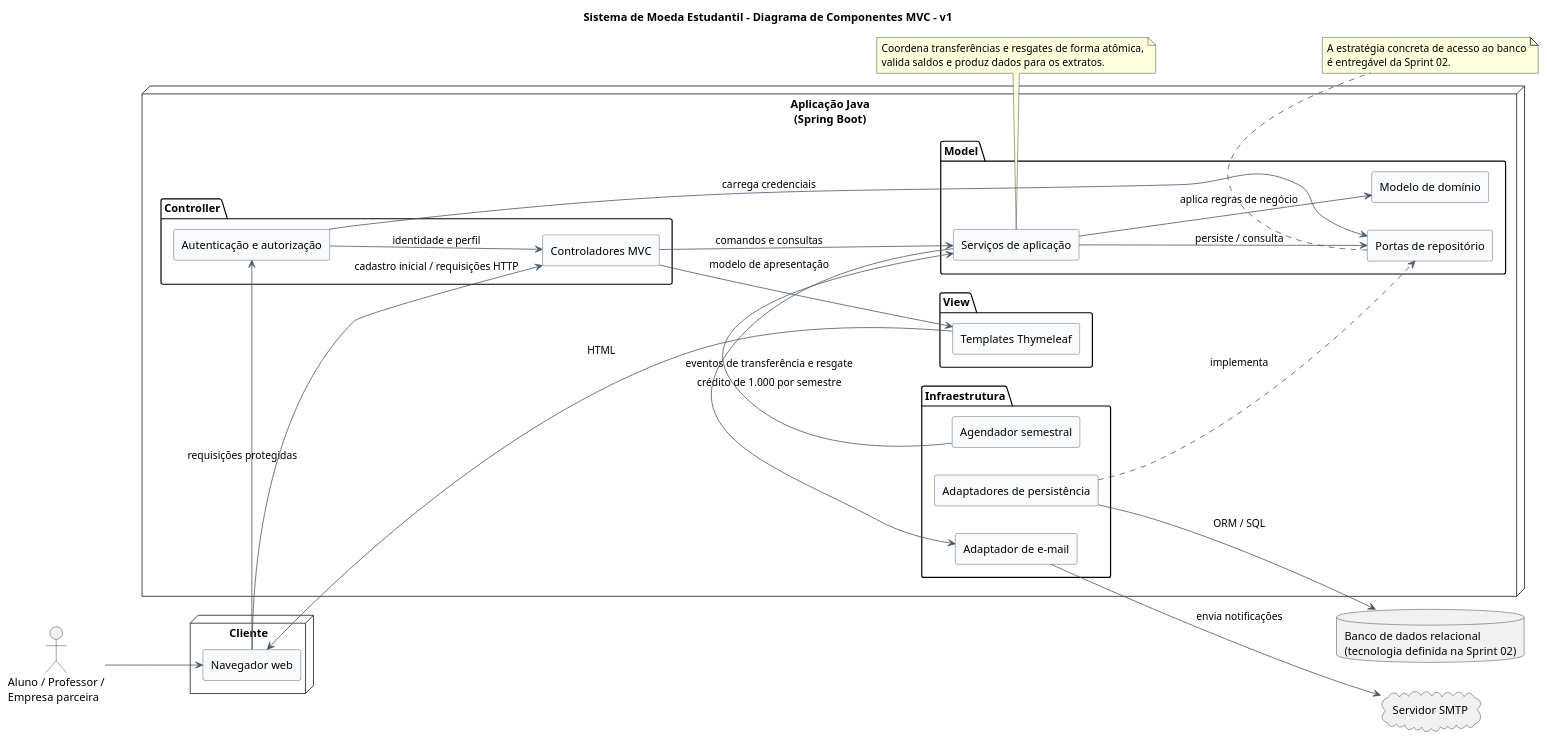
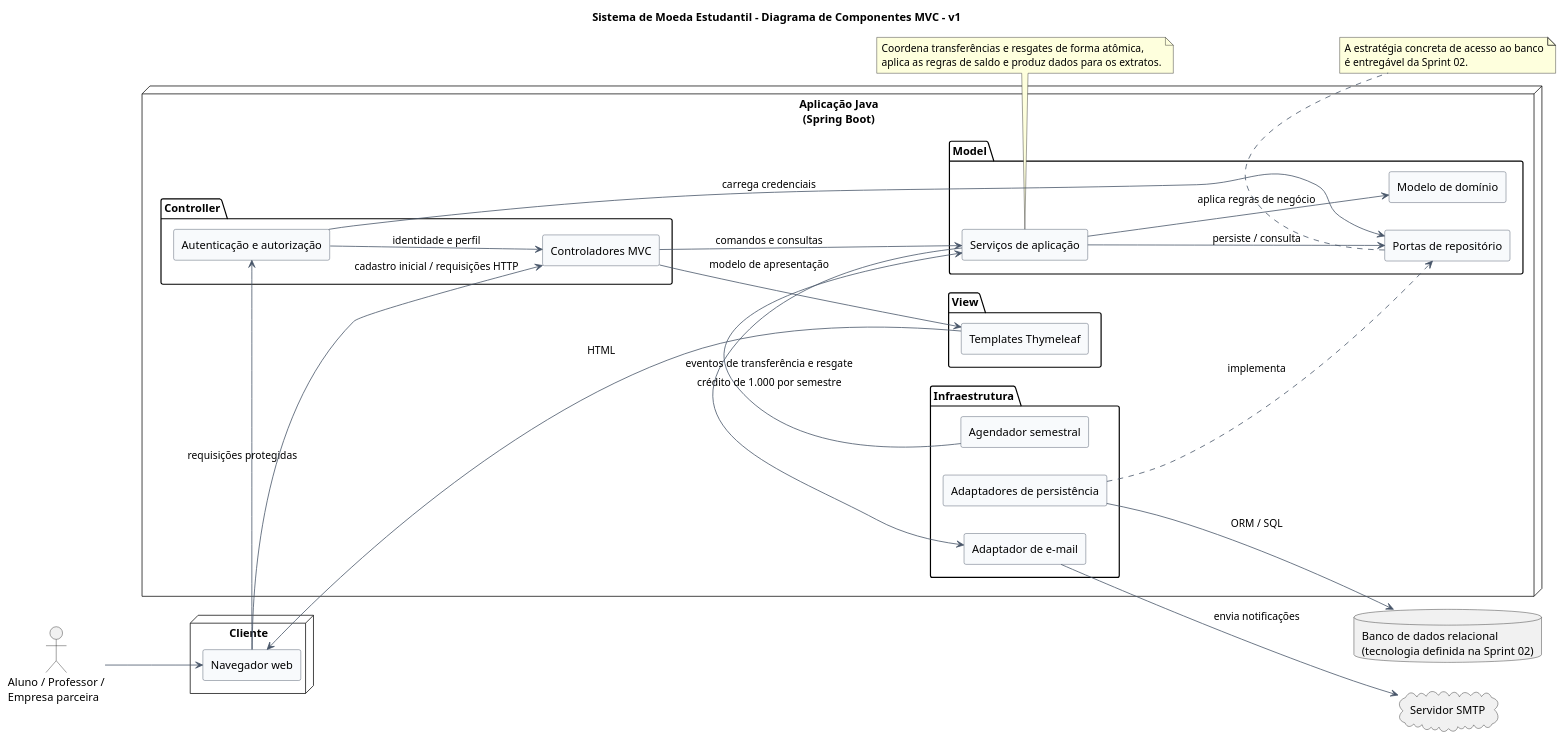
The diagram in docs/sprint-01/diagramas/v1/componentes.puml (mariaclaranerii/sistema-moeda-estudantil), drawn with PlantUML before and after one commit. The commit also changed 13 other files, not shown here.

Commit message:
docs(sprint-01): atualizar documentação e diagramas

```diff
--- a/docs/sprint-01/diagramas/v1/componentes.puml
+++ b/docs/sprint-01/diagramas/v1/componentes.puml
@@ -1,71 +1,71 @@
 @startuml
 title Sistema de Moeda Estudantil - Diagrama de Componentes MVC - v1
 left to right direction
 skinparam shadowing false
 skinparam componentStyle rectangle
 skinparam component {
   BackgroundColor #F8FAFC
   BorderColor #334155
   ArrowColor #475569
 }
 
 actor "Aluno / Professor /\nEmpresa parceira" as Usuario
 
 node "Cliente" {
   [Navegador web] as Browser
 }
 
 node "Aplicação Java\n(Spring Boot)" {
   package "View" {
     [Templates Thymeleaf] as ViewTemplates
   }
 
   package "Controller" {
     [Controladores MVC] as MvcControllers
     [Autenticação e autorização] as AuthModule
   }
 
   package "Model" {
     [Serviços de aplicação] as AppService
     [Modelo de domínio] as DomainModel
     [Portas de repositório] as RepoPorts
   }
 
   package "Infraestrutura" {
     [Adaptadores de persistência] as Persistence
     [Adaptador de e-mail] as MailAdapter
     [Agendador semestral] as Scheduler
   }
 }
 
 database "Banco de dados relacional\n(tecnologia definida na Sprint 02)" as Database
 cloud "Servidor SMTP" as SMTP
 
 Usuario --> Browser
 Browser --> AuthModule : requisições protegidas
 Browser --> MvcControllers : cadastro inicial / requisições HTTP
 AuthModule --> MvcControllers : identidade e perfil
 MvcControllers --> AppService : comandos e consultas
 MvcControllers --> ViewTemplates : modelo de apresentação
 ViewTemplates --> Browser : HTML
 
 AppService --> DomainModel : aplica regras de negócio
 AppService --> RepoPorts : persiste / consulta
 AuthModule --> RepoPorts : carrega credenciais
 Persistence ..> RepoPorts : implementa
 Persistence --> Database : ORM / SQL
 
 Scheduler --> AppService : crédito de 1.000 por semestre
 AppService --> MailAdapter : eventos de transferência e resgate
 MailAdapter --> SMTP : envia notificações
 
 note bottom of AppService
   Coordena transferências e resgates de forma atômica,
-  valida saldos e produz dados para os extratos.
+  aplica as regras de saldo e produz dados para os extratos.
 end note
 
 note bottom of RepoPorts
   A estratégia concreta de acesso ao banco
   é entregável da Sprint 02.
 end note
 @enduml
```
